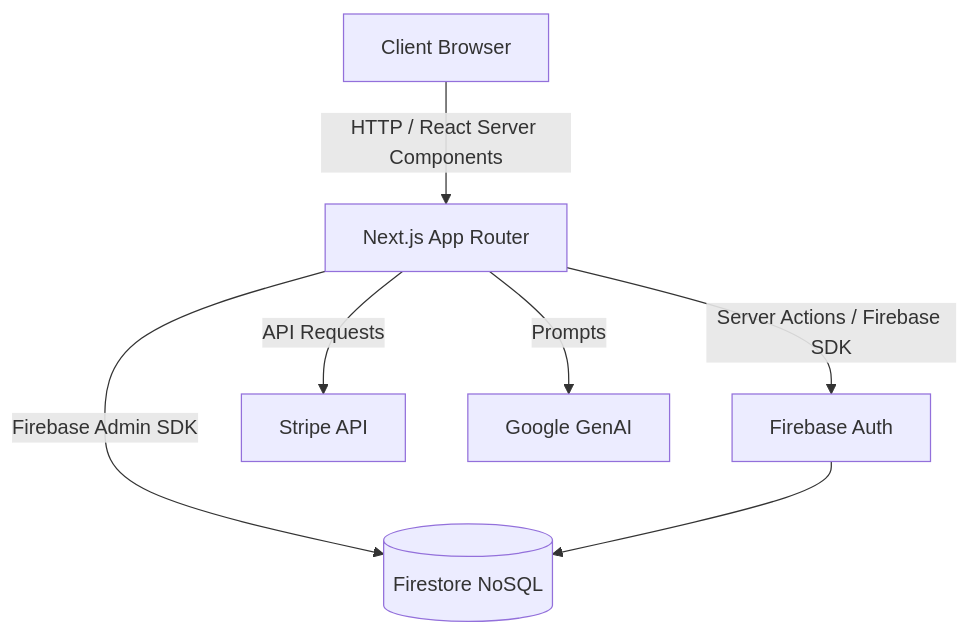
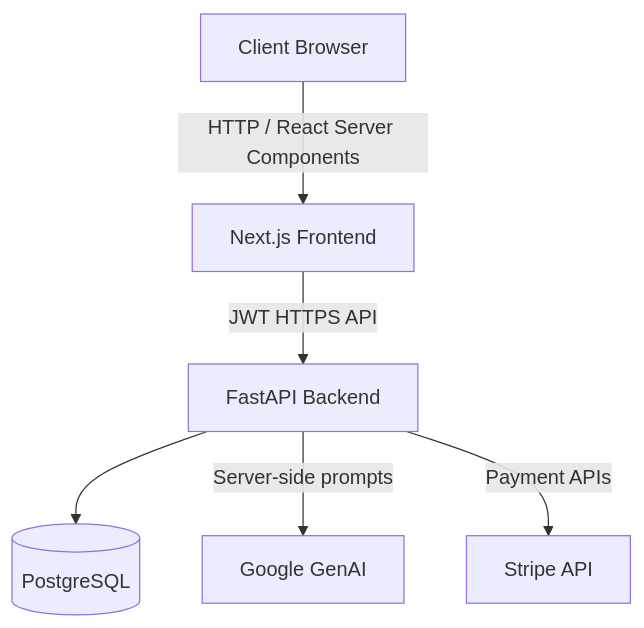
One commit to Sany655/penta-courses changed the first of 3 diagrams in README.md. Above: the diagram before and after it, drawn with Mermaid. The commit also changed other lines of this file and 34 other files, not shown here.

````diff
--- a/README.md
+++ b/README.md
@@ -18,10 +20,8 @@
 ```mermaid
 graph TD
     Client[Client Browser] -->|HTTP / React Server Components| NextJS[Next.js App Router]
-    NextJS -->|Server Actions / Firebase SDK| Auth[Firebase Auth]
-    NextJS -->|Firebase Admin SDK| DB[(Firestore NoSQL)]
-    NextJS -->|API Requests| Stripe[Stripe API]
-    NextJS -->|Prompts| GenAI[Google GenAI]
-    
-    Auth --> DB
+    NextJS[Next.js Frontend] -->|JWT HTTPS API| FastAPI[FastAPI Backend]
+    FastAPI --> DB[(PostgreSQL)]
+    FastAPI -->|Server-side prompts| GenAI[Google GenAI]
+    FastAPI -->|Payment APIs| Stripe[Stripe API]
 ```
````
